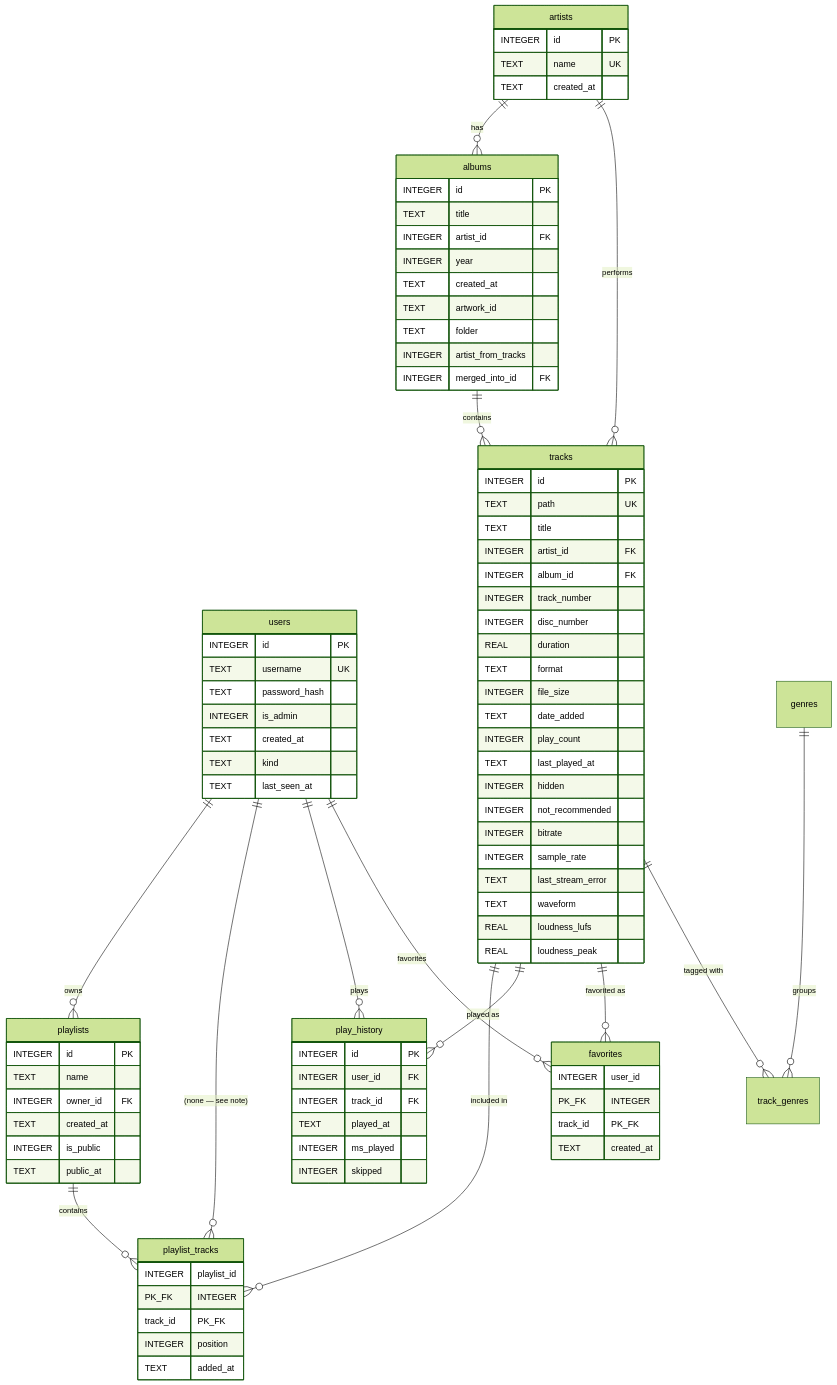
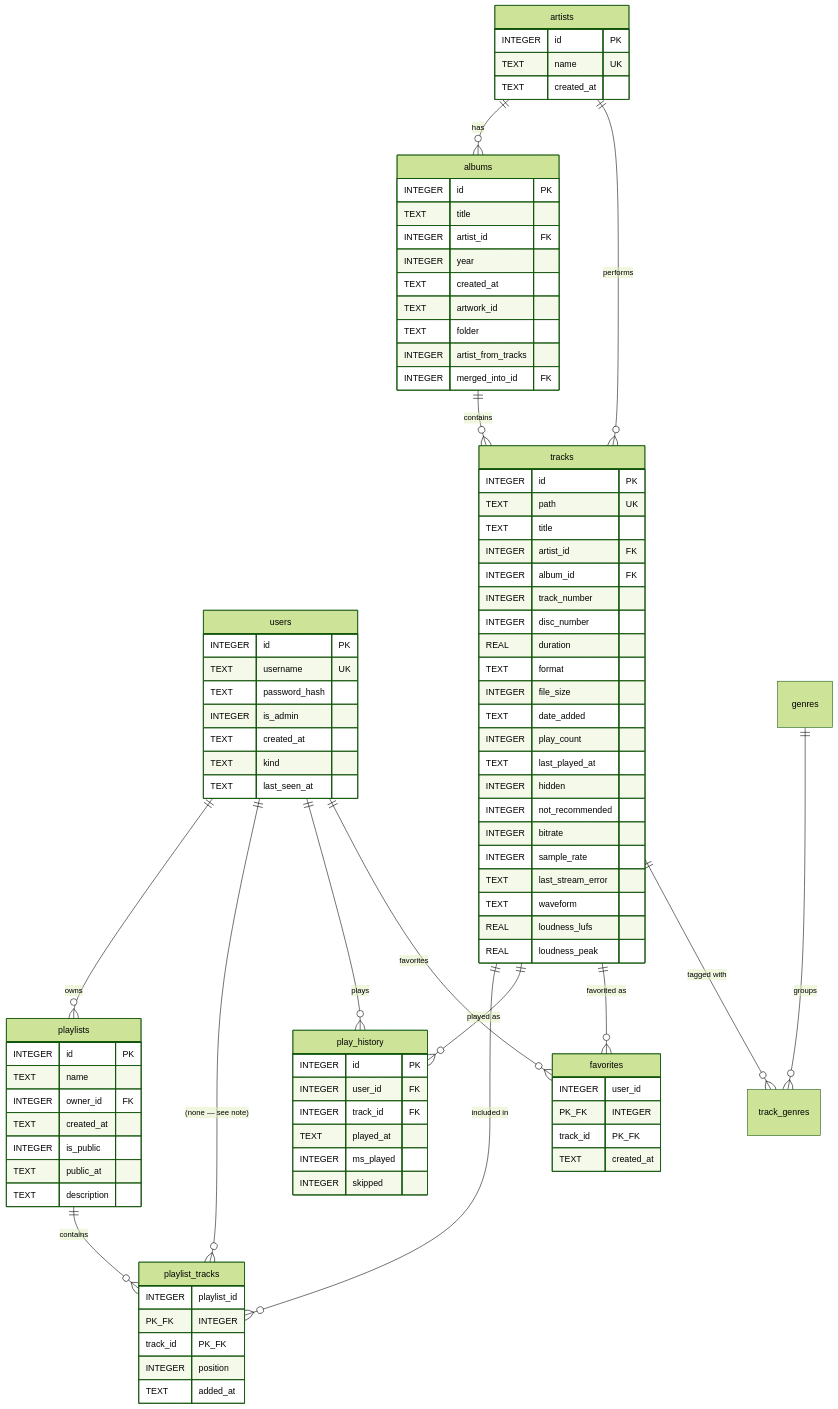
Before and after one commit to meranisu/brainlessmusic: the diagram in .docs/reference/database-schema.md, drawn with Mermaid (forest theme). The commit also changed other lines of this file and 33 other files, not shown here.

```diff
--- a/.docs/reference/database-schema.md
+++ b/.docs/reference/database-schema.md
@@ -89,6 +89,7 @@
         TEXT created_at
         INTEGER is_public
         TEXT public_at
+        TEXT description
     }
     playlist_tracks {
         INTEGER playlist_id PK_FK
```
